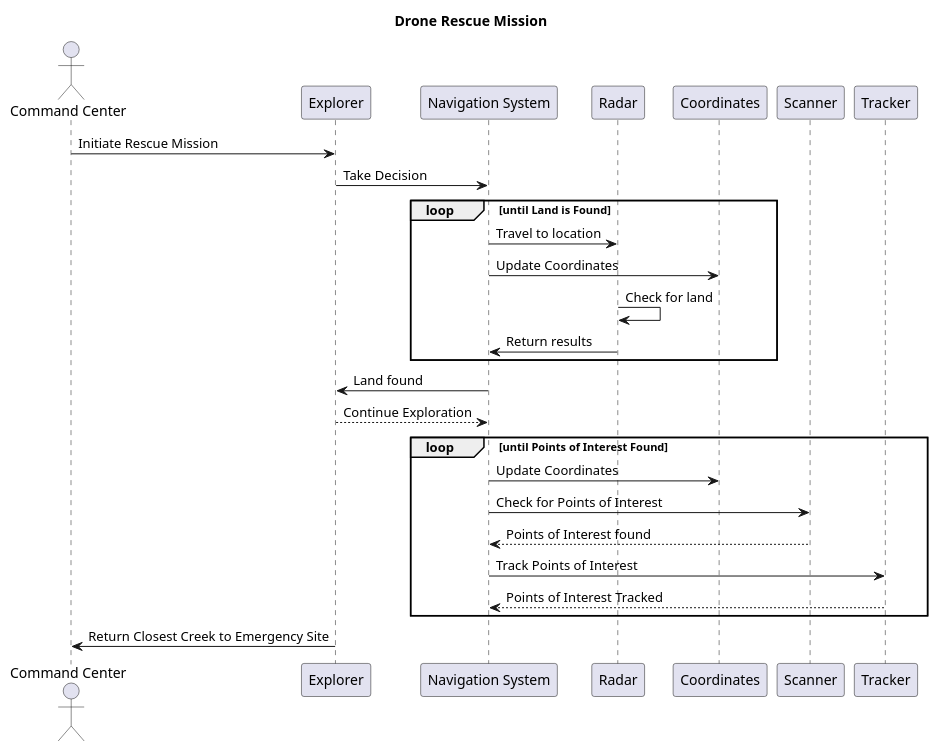
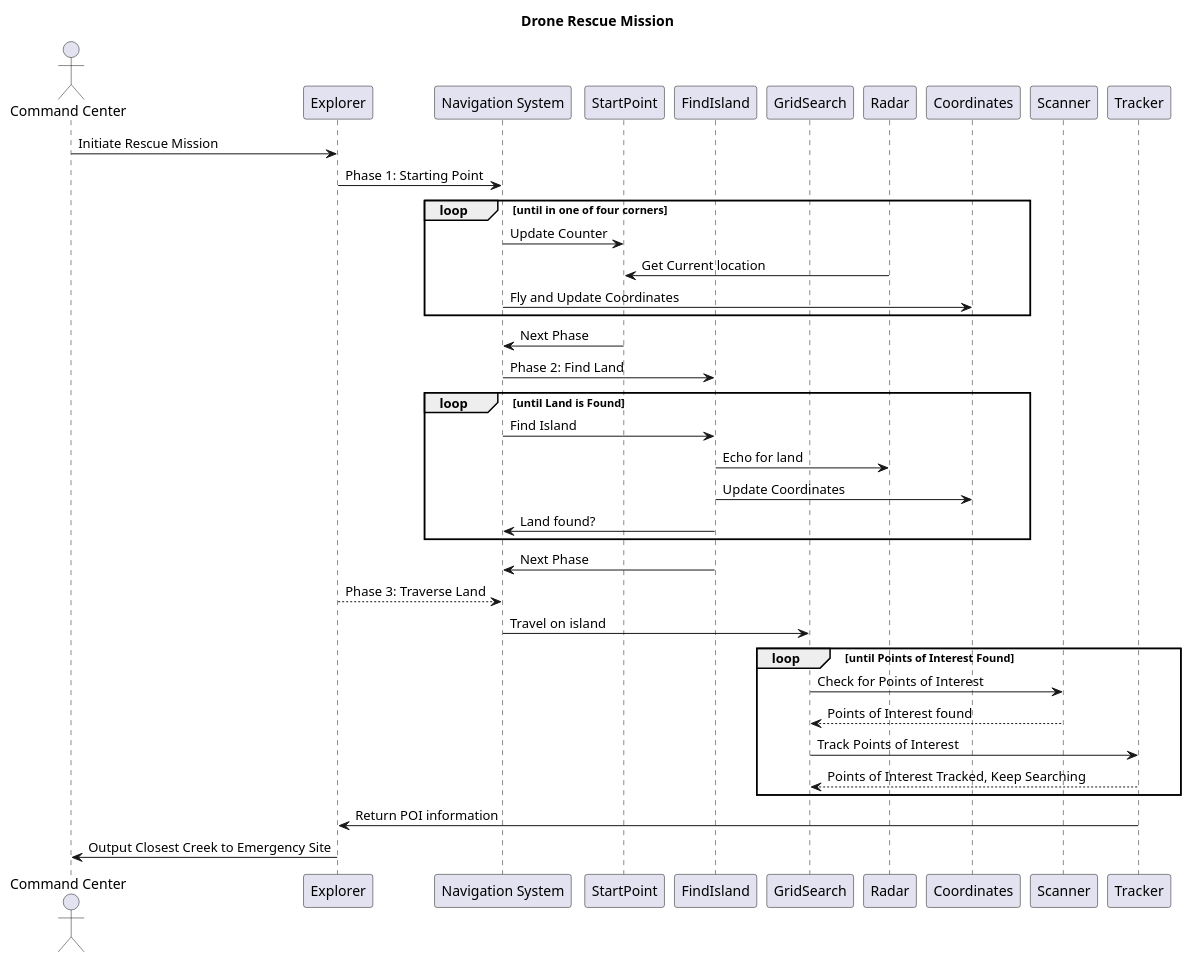
Before and after one commit to 2AA4-W24/a2-rescue-mission-team-120: the diagram in src/main/java/ca/mcmaster/se2aa4/island/team120/SquenceUml.plantuml, drawn with PlantUML.

Commit message:
close #31

```diff
--- a/src/main/java/ca/mcmaster/se2aa4/island/team120/SquenceUml.plantuml
+++ b/src/main/java/ca/mcmaster/se2aa4/island/team120/SquenceUml.plantuml
@@ -1,32 +1,42 @@
 @startuml
 title Drone Rescue Mission
 
 actor CommandCenter as "Command Center"
 participant Explorer as "Explorer"
 participant NavigationSystem as "Navigation System"
+participant StartPoint as "StartPoint"
+participant FindIsland as "FindIsland"
+participant GridSearch as "GridSearch"
 participant Radar as "Radar"
 participant Coordinates as "Coordinates"
 participant Scanner as "Scanner"
 participant Tracker as "Tracker"
 
 
 CommandCenter -> Explorer: Initiate Rescue Mission
-Explorer -> NavigationSystem: Take Decision
-
+Explorer -> NavigationSystem: Phase 1: Starting Point
+loop until in one of four corners
+    NavigationSystem -> StartPoint: Update Counter
+    Radar -> StartPoint: Get Current location
+    NavigationSystem -> Coordinates: Fly and Update Coordinates
+end
+StartPoint -> NavigationSystem: Next Phase 
+NavigationSystem-> FindIsland: Phase 2: Find Land
 loop until Land is Found
-    NavigationSystem -> Radar: Travel to location
-    NavigationSystem -> Coordinates: Update Coordinates
-    Radar -> Radar: Check for land
-    Radar -> NavigationSystem: Return results
+    NavigationSystem -> FindIsland: Find Island
+    FindIsland -> Radar: Echo for land
+    FindIsland-> Coordinates: Update Coordinates
+    FindIsland -> NavigationSystem: Land found?
 end
-NavigationSystem -> Explorer: Land found
-Explorer --> NavigationSystem: Continue Exploration
+FindIsland -> NavigationSystem: Next Phase
+Explorer --> NavigationSystem: Phase 3: Traverse Land
+NavigationSystem -> GridSearch: Travel on island
 loop until Points of Interest Found
-    NavigationSystem -> Coordinates: Update Coordinates
-    NavigationSystem -> Scanner: Check for Points of Interest
-    Scanner --> NavigationSystem: Points of Interest found
-    NavigationSystem -> Tracker: Track Points of Interest
-    Tracker --> NavigationSystem: Points of Interest Tracked
+    GridSearch -> Scanner: Check for Points of Interest
+    Scanner --> GridSearch : Points of Interest found
+    GridSearch  -> Tracker: Track Points of Interest
+    Tracker --> GridSearch: Points of Interest Tracked, Keep Searching
 end
-Explorer -> CommandCenter: Return Closest Creek to Emergency Site
+Tracker -> Explorer: Return POI information 
+Explorer -> CommandCenter: Output Closest Creek to Emergency Site
 @enduml
```
